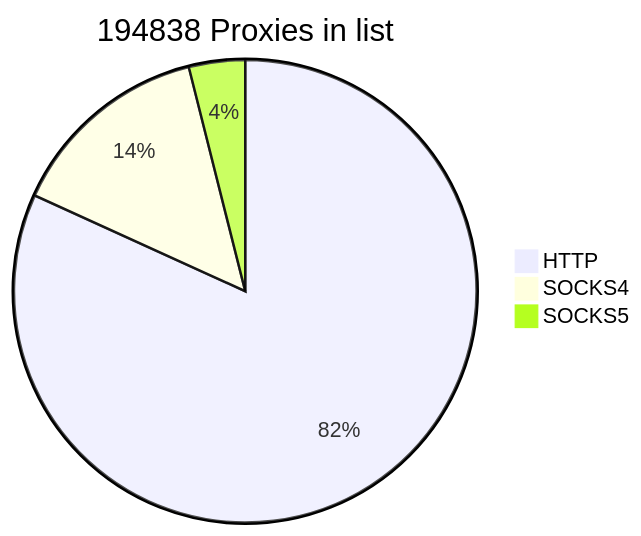
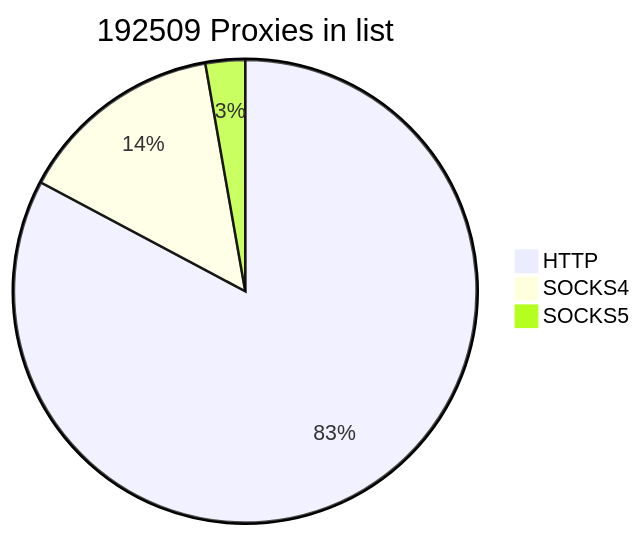
One commit to cutipu/proxylist changed the first of 2 diagrams in README.md. Above: the diagram before and after it, drawn with Mermaid. The commit also changed other lines of this file, not shown here.

````diff
--- a/README.md
+++ b/README.md
@@ -2,7 +2,7 @@
 ```mermaid
-pie title 194838 Proxies in list
+pie title 192509 Proxies in list
     "HTTP" : 159367
     "SOCKS4" : 27819
-    "SOCKS5" : 7652
+    "SOCKS5" : 5323
             
 ```
````
